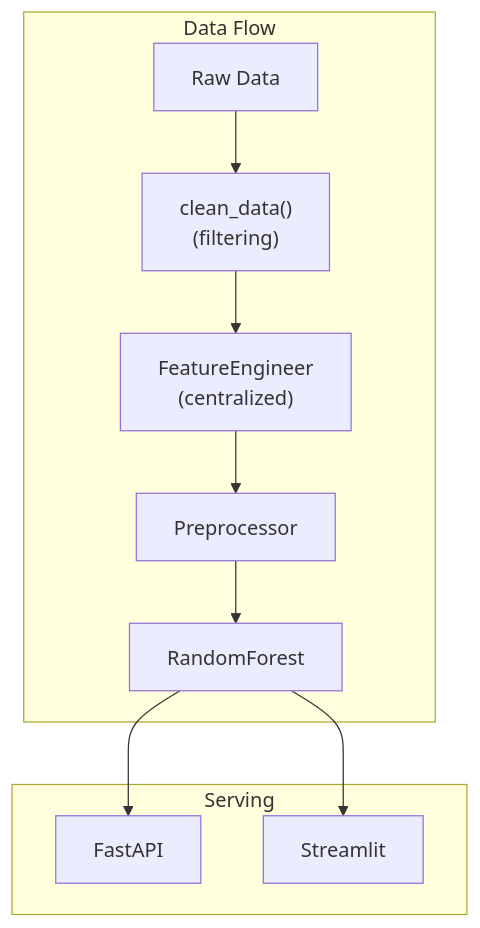
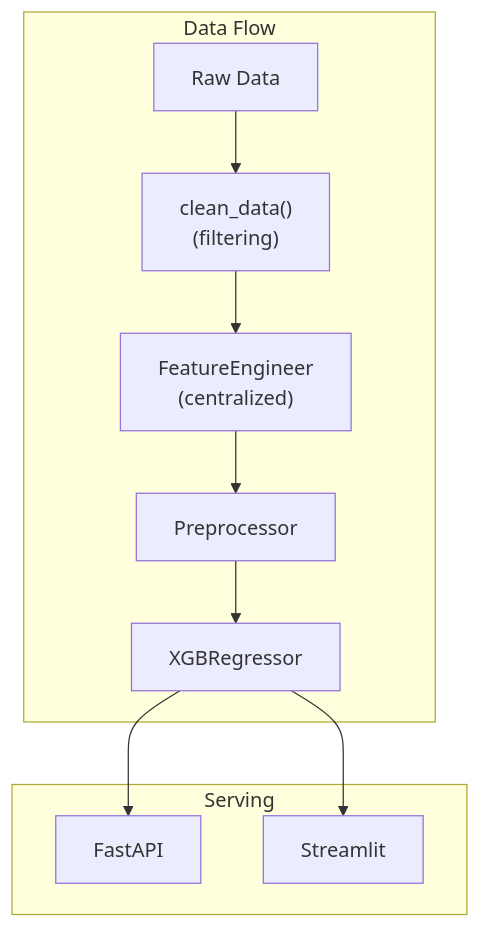
One commit to DuqueOM/ML-MLOps-Portfolio changed the second of 2 diagrams in docs/projects/carvision.md. Above: the diagram before and after it, drawn with Mermaid. The commit also changed other lines of this file and 17 other files, not shown here.

````diff
--- a/docs/projects/carvision.md
+++ b/docs/projects/carvision.md
@@ -104,14 +104,14 @@
 ```mermaid
 graph TB
     subgraph "Data Flow"
         CSV["Raw Data"] --> CLEAN["clean_data()<br/>(filtering)"]
         CLEAN --> FEAT["FeatureEngineer<br/>(centralized)"]
         FEAT --> PREP["Preprocessor"]
-        PREP --> MODEL["RandomForest"]
+        PREP --> MODEL["XGBRegressor"]
     end
 
     subgraph "Serving"
         MODEL --> API["FastAPI"]
         MODEL --> DASH["Streamlit"]
     end
 ```
````
